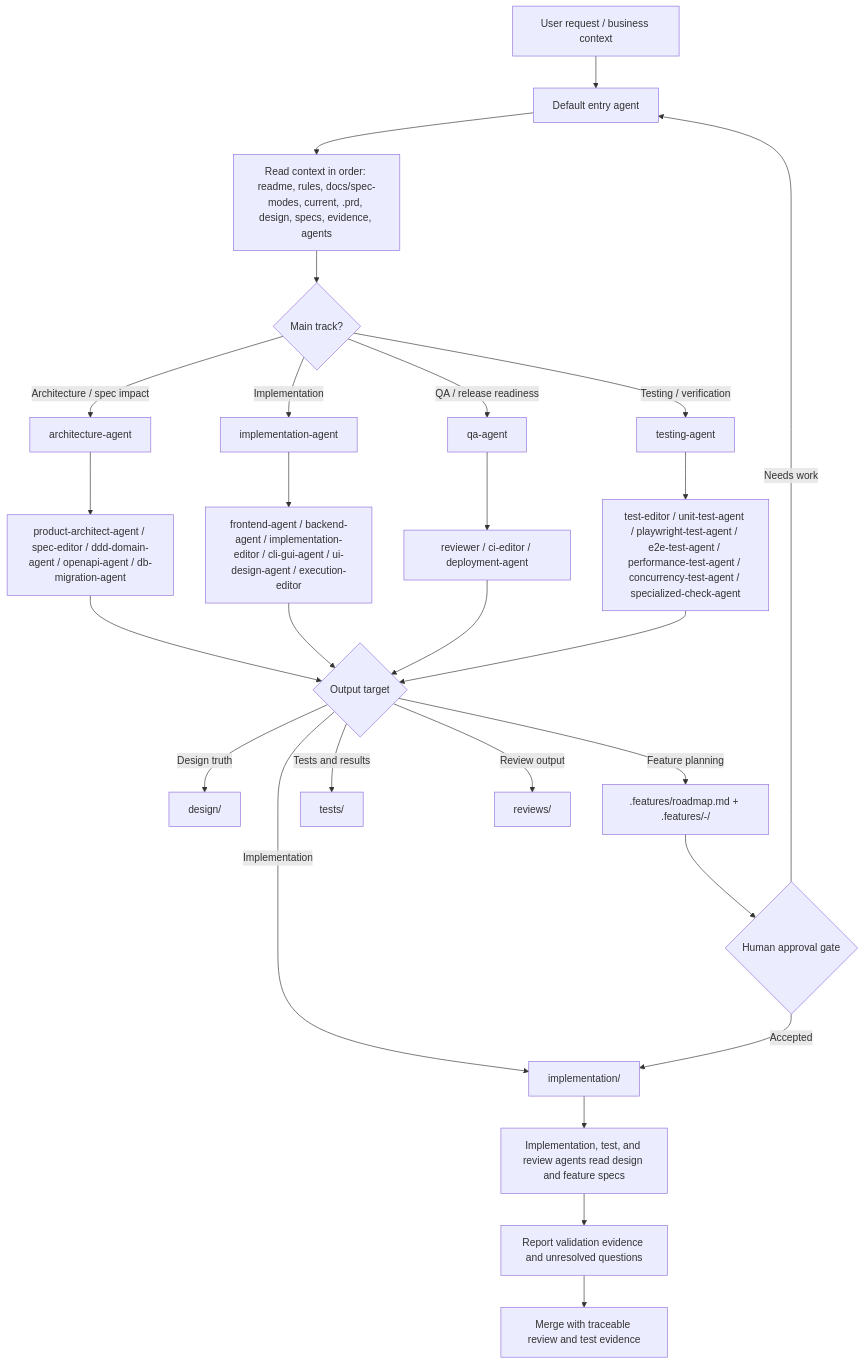
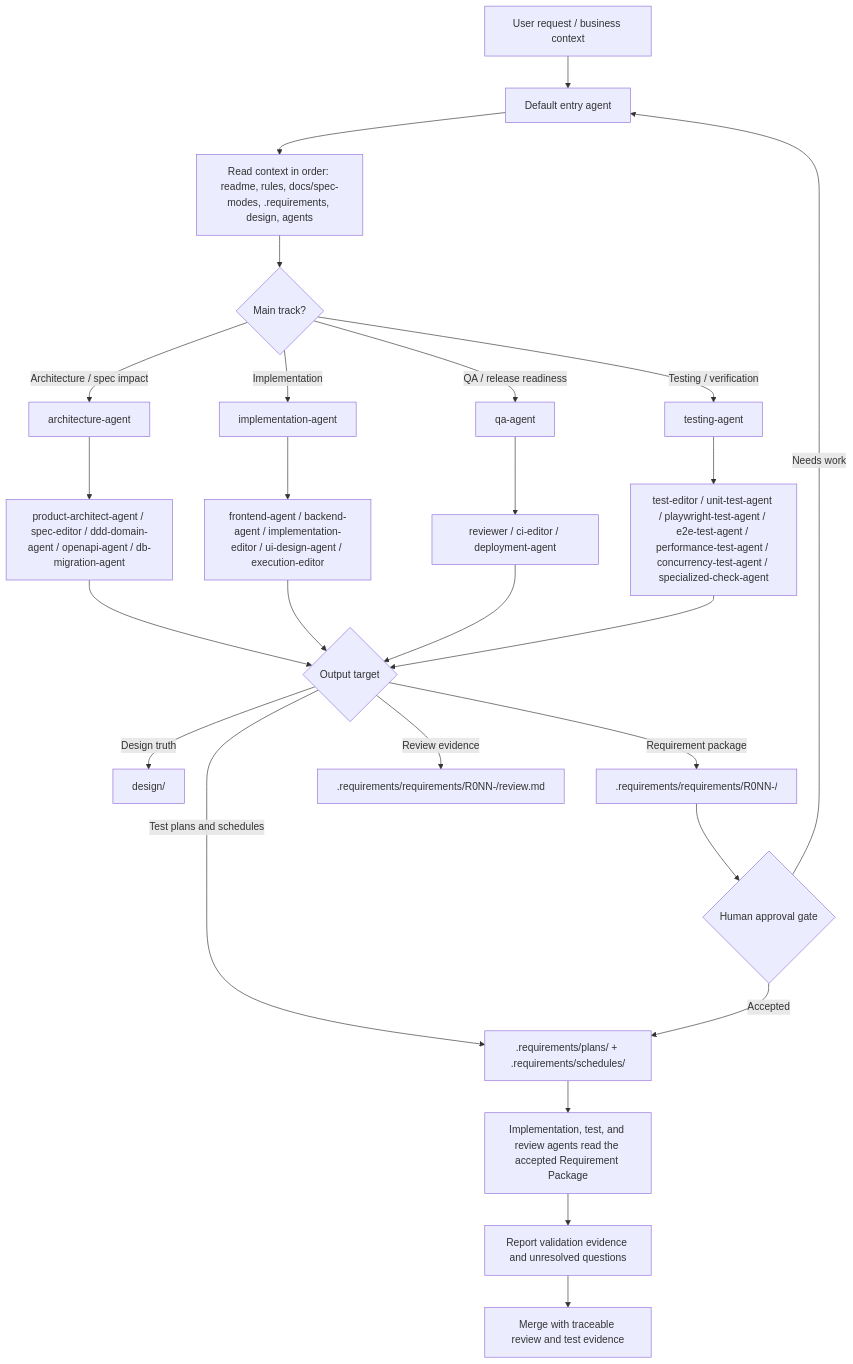
Before and after one commit to liquiid727/SpecOps-Web-Console: the first of 2 diagrams in .agents/README.md, drawn with Mermaid. The commit also changed other lines of this file and 45 other files, not shown here.

First line of the commit message:
chore(agents): point roles and rules at Requirement Packages

````diff
--- a/.agents/README.md
+++ b/.agents/README.md
@@ -159,34 +158,33 @@
 ```mermaid
 flowchart TD
   A["User request / business context"] --> B["Default entry agent"]
-  B --> C["Read context in order: readme, rules, docs/spec-modes, current, .prd, design, specs, evidence, agents"]
+  B --> C["Read context in order: readme, rules, docs/spec-modes, .requirements, design, agents"]
   C --> D{"Main track?"}
 
   D -->|Architecture / spec impact| E["architecture-agent"]
   D -->|Implementation| F["implementation-agent"]
   D -->|Testing / verification| H["testing-agent"]
   D -->|QA / release readiness| G["qa-agent"]
 
   E --> E1["product-architect-agent / spec-editor / ddd-domain-agent / openapi-agent / db-migration-agent"]
-  F --> F1["frontend-agent / backend-agent / implementation-editor / cli-gui-agent / ui-design-agent / execution-editor"]
+  F --> F1["frontend-agent / backend-agent / implementation-editor / ui-design-agent / execution-editor"]
   H --> H1["test-editor / unit-test-agent / playwright-test-agent / e2e-test-agent / performance-test-agent / concurrency-test-agent / specialized-check-agent"]
   G --> G1["reviewer / ci-editor / deployment-agent"]
 
   E1 --> Q{"Output target"}
   F1 --> Q
   G1 --> Q
   H1 --> Q
 
   Q -->|Design truth| R["design/"]
-  Q -->|Feature planning| S[".features/roadmap.md + .features/<SPEC-ID>-<slug>/"]
-  Q -->|Implementation| T["implementation/"]
-  Q -->|Tests and results| U["tests/"]
-  Q -->|Review output| V["reviews/"]
+  Q -->|Requirement package| S[".requirements/requirements/R0NN-<slug>/"]
+  Q -->|Test plans and schedules| T[".requirements/plans/ + .requirements/schedules/"]
+  Q -->|Review evidence| U[".requirements/requirements/R0NN-<slug>/review.md"]
 
   S --> W{"Human approval gate"}
   W -->|Accepted| T
   W -->|Needs work| B
-  T --> X["Implementation, test, and review agents read design and feature specs"]
+  T --> X["Implementation, test, and review agents read the accepted Requirement Package"]
   X --> Y["Report validation evidence and unresolved questions"]
   Y --> Z["Merge with traceable review and test evidence"]
 ```
````
